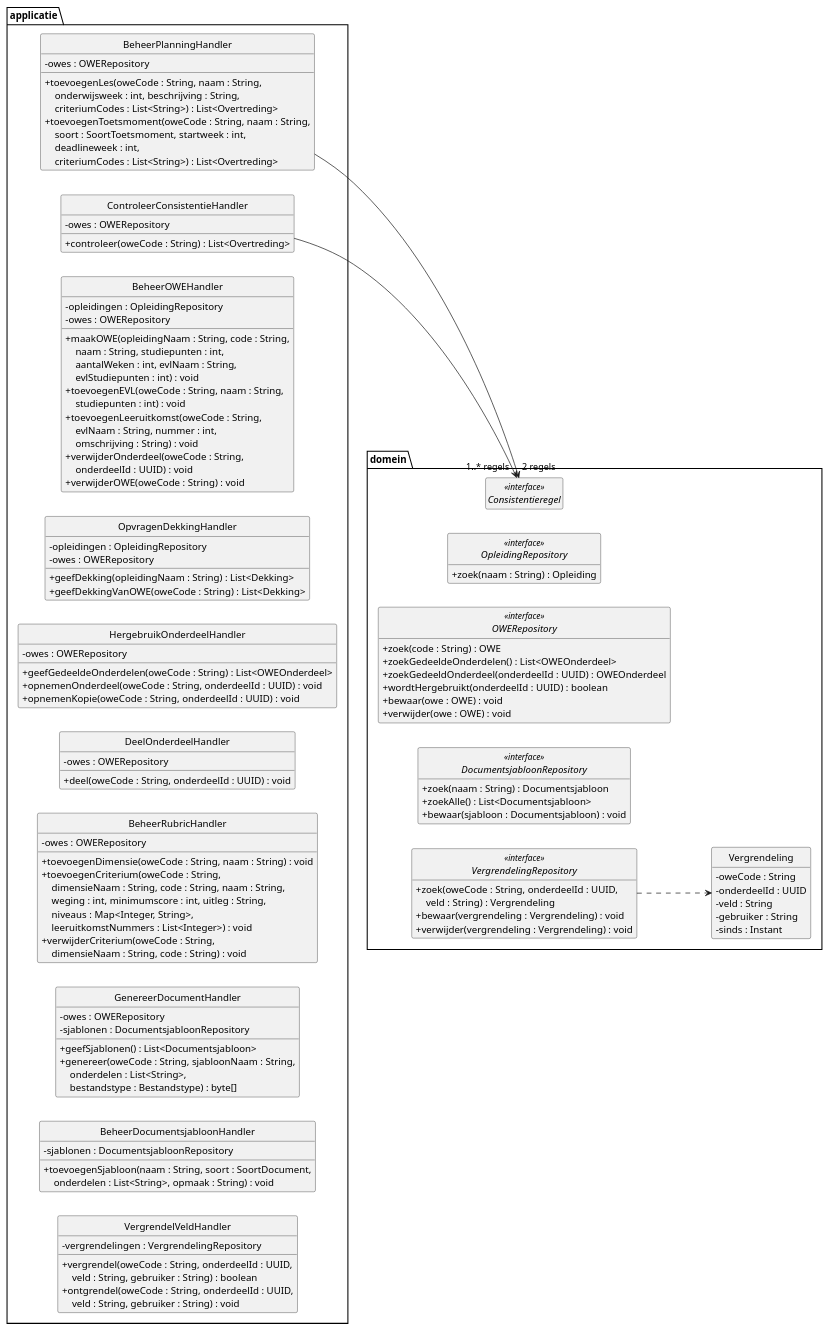
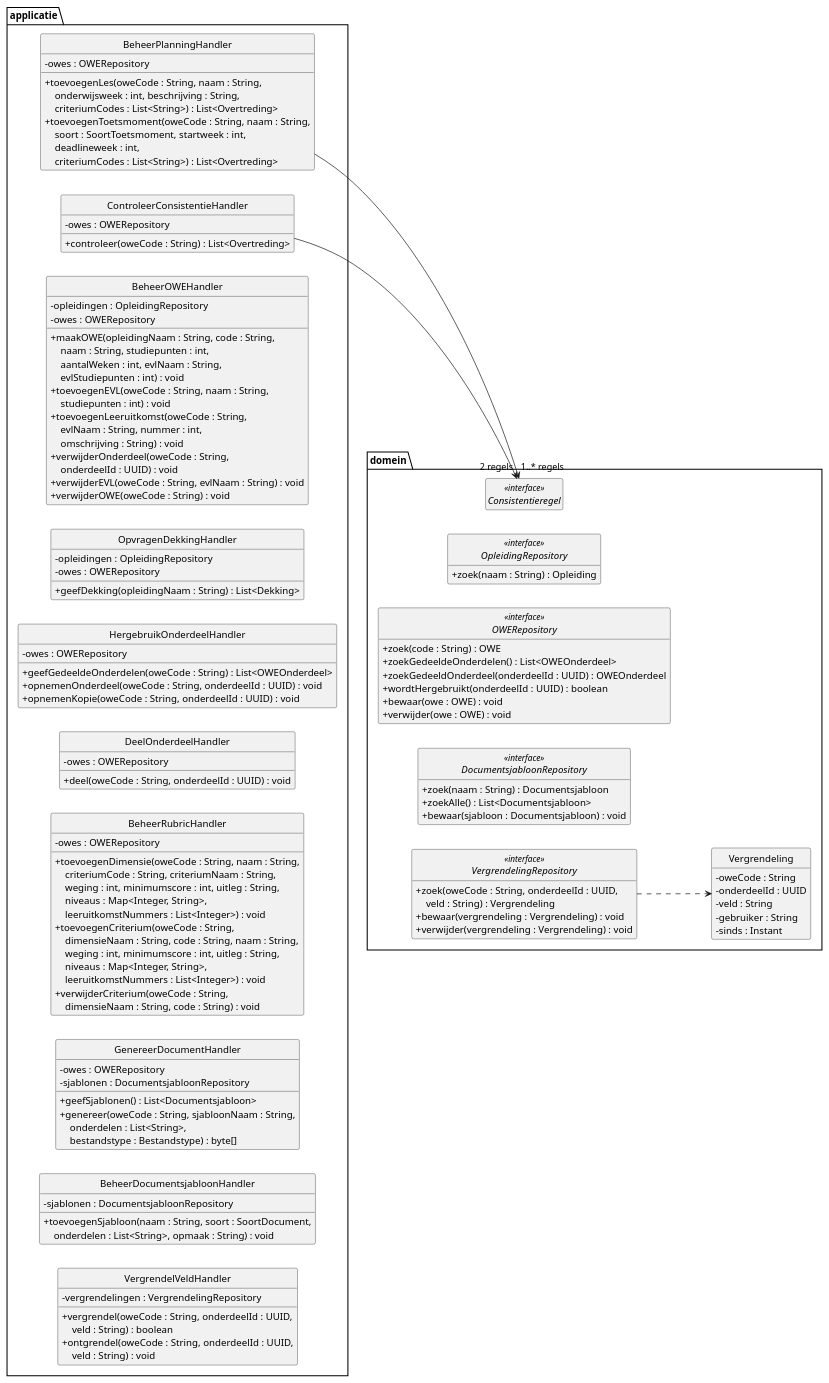
The diagram in docs/diagrams/klassendiagram-handlers.puml (HAN-Craftsmanship-KL-JJG/casus), drawn with PlantUML before and after one commit. The commit also changed 4 other files, not shown here.

First line of the commit message:
docs: resolve contradictions between class diagram and other docs

```diff
--- a/docs/diagrams/klassendiagram-handlers.puml
+++ b/docs/diagrams/klassendiagram-handlers.puml
@@ -1,143 +1,147 @@
 @startuml klassendiagram-handlers
 ' Design class diagram van ICDE: use case controllers en repositories.
 ' Toelichting: docs/klassendiagram.md
 ' De domeinklassen staan volledig in klassendiagram-domein.puml.
 ' Verwijzingen naar repositories staan als attribuut, niet als lijn (Larman 7.4).
 skinparam style strictuml
 skinparam shadowing false
 skinparam defaultFontName Helvetica
 skinparam classAttributeIconSize 0
 hide empty members
 left to right direction
 
 package applicatie {
   class BeheerOWEHandler {
     - opleidingen : OpleidingRepository
     - owes : OWERepository
     + maakOWE(opleidingNaam : String, code : String,\n    \
 naam : String, studiepunten : int,\n    \
 aantalWeken : int, evlNaam : String,\n    \
 evlStudiepunten : int) : void
     + toevoegenEVL(oweCode : String, naam : String,\n    \
 studiepunten : int) : void
     + toevoegenLeeruitkomst(oweCode : String,\n    \
 evlNaam : String, nummer : int,\n    \
 omschrijving : String) : void
     + verwijderOnderdeel(oweCode : String,\n    \
 onderdeelId : UUID) : void
+    + verwijderEVL(oweCode : String, evlNaam : String) : void
     + verwijderOWE(oweCode : String) : void
   }
   class BeheerRubricHandler {
     - owes : OWERepository
-    + toevoegenDimensie(oweCode : String, naam : String) : void
+    + toevoegenDimensie(oweCode : String, naam : String,\n    \
+criteriumCode : String, criteriumNaam : String,\n    \
+weging : int, minimumscore : int, uitleg : String,\n    \
+niveaus : Map<Integer, String>,\n    \
+leeruitkomstNummers : List<Integer>) : void
     + toevoegenCriterium(oweCode : String,\n    \
 dimensieNaam : String, code : String, naam : String,\n    \
 weging : int, minimumscore : int, uitleg : String,\n    \
 niveaus : Map<Integer, String>,\n    \
 leeruitkomstNummers : List<Integer>) : void
     + verwijderCriterium(oweCode : String,\n    \
 dimensieNaam : String, code : String) : void
   }
   class BeheerPlanningHandler {
     - owes : OWERepository
     + toevoegenLes(oweCode : String, naam : String,\n    \
 onderwijsweek : int, beschrijving : String,\n    \
 criteriumCodes : List<String>) : List<Overtreding>
     + toevoegenToetsmoment(oweCode : String, naam : String,\n    \
 soort : SoortToetsmoment, startweek : int,\n    \
 deadlineweek : int,\n    \
 criteriumCodes : List<String>) : List<Overtreding>
   }
   class ControleerConsistentieHandler {
     - owes : OWERepository
     + controleer(oweCode : String) : List<Overtreding>
   }
   class GenereerDocumentHandler {
     - owes : OWERepository
     - sjablonen : DocumentsjabloonRepository
     + geefSjablonen() : List<Documentsjabloon>
     + genereer(oweCode : String, sjabloonNaam : String,\n    \
 onderdelen : List<String>,\n    \
 bestandstype : Bestandstype) : byte[]
   }
   class HergebruikOnderdeelHandler {
     - owes : OWERepository
     + geefGedeeldeOnderdelen(oweCode : String) : List<OWEOnderdeel>
     + opnemenOnderdeel(oweCode : String, onderdeelId : UUID) : void
     + opnemenKopie(oweCode : String, onderdeelId : UUID) : void
   }
   class OpvragenDekkingHandler {
     - opleidingen : OpleidingRepository
     - owes : OWERepository
     + geefDekking(opleidingNaam : String) : List<Dekking>
-    + geefDekkingVanOWE(oweCode : String) : List<Dekking>
   }
   class DeelOnderdeelHandler {
     - owes : OWERepository
     + deel(oweCode : String, onderdeelId : UUID) : void
   }
   class BeheerDocumentsjabloonHandler {
     - sjablonen : DocumentsjabloonRepository
     + toevoegenSjabloon(naam : String, soort : SoortDocument,\n    \
 onderdelen : List<String>, opmaak : String) : void
   }
   class VergrendelVeldHandler {
     - vergrendelingen : VergrendelingRepository
     + vergrendel(oweCode : String, onderdeelId : UUID,\n    \
-veld : String, gebruiker : String) : boolean
+veld : String) : boolean
     + ontgrendel(oweCode : String, onderdeelId : UUID,\n    \
-veld : String, gebruiker : String) : void
+veld : String) : void
   }
 }
 
 package domein {
   interface OWERepository <<interface>> {
     + zoek(code : String) : OWE
     + zoekGedeeldeOnderdelen() : List<OWEOnderdeel>
     + zoekGedeeldOnderdeel(onderdeelId : UUID) : OWEOnderdeel
     + wordtHergebruikt(onderdeelId : UUID) : boolean
     + bewaar(owe : OWE) : void
     + verwijder(owe : OWE) : void
   }
   interface OpleidingRepository <<interface>> {
     + zoek(naam : String) : Opleiding
   }
   interface DocumentsjabloonRepository <<interface>> {
     + zoek(naam : String) : Documentsjabloon
     + zoekAlle() : List<Documentsjabloon>
     + bewaar(sjabloon : Documentsjabloon) : void
   }
   interface VergrendelingRepository <<interface>> {
     + zoek(oweCode : String, onderdeelId : UUID,\n    \
 veld : String) : Vergrendeling
     + bewaar(vergrendeling : Vergrendeling) : void
     + verwijder(vergrendeling : Vergrendeling) : void
   }
   class Vergrendeling {
     - oweCode : String
     - onderdeelId : UUID
     - veld : String
     - gebruiker : String
     - sinds : Instant
   }
   interface Consistentieregel <<interface>>
 }
 
 BeheerPlanningHandler --> "2 regels" Consistentieregel
 ControleerConsistentieHandler --> "1..* regels" Consistentieregel
 ' Onzichtbare lijnen zetten elke handler naast zijn repositories.
 BeheerOWEHandler -[hidden]-> OpleidingRepository
 BeheerOWEHandler -[hidden]-> OWERepository
 BeheerRubricHandler -[hidden]-> OWERepository
 BeheerPlanningHandler -[hidden]-> OWERepository
 ControleerConsistentieHandler -[hidden]-> OWERepository
 GenereerDocumentHandler -[hidden]-> OWERepository
 GenereerDocumentHandler -[hidden]-> DocumentsjabloonRepository
 HergebruikOnderdeelHandler -[hidden]-> OWERepository
 OpvragenDekkingHandler -[hidden]-> OpleidingRepository
 OpvragenDekkingHandler -[hidden]-> OWERepository
 DeelOnderdeelHandler -[hidden]-> OWERepository
 BeheerDocumentsjabloonHandler -[hidden]-> DocumentsjabloonRepository
 VergrendelVeldHandler -[hidden]-> VergrendelingRepository
 VergrendelingRepository ..> Vergrendeling
 @enduml
```
